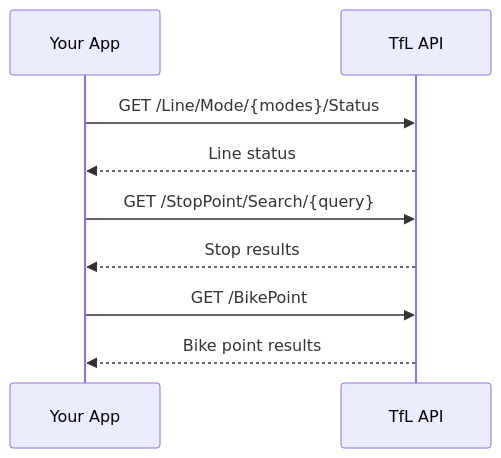
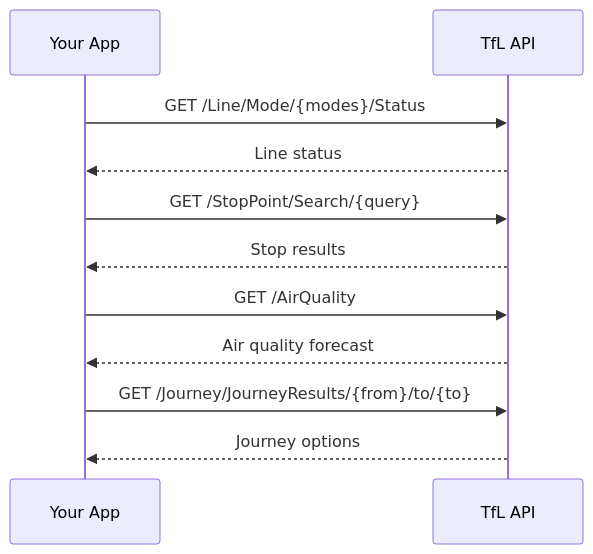
One commit to matthewrgourd/doc-platform changed the diagram in docs/tfl/getting-started/index.md. Above: the diagram before and after it, drawn with Mermaid. The commit also changed other lines of this file and 5 other files, not shown here.

````diff
--- a/docs/tfl/getting-started/index.md
+++ b/docs/tfl/getting-started/index.md
@@ -26,14 +28,17 @@
 ```mermaid
 sequenceDiagram
     participant Your App
     participant TfL API
 
     Your App->>TfL API: GET /Line/Mode/{modes}/Status
     TfL API-->>Your App: Line status
 
     Your App->>TfL API: GET /StopPoint/Search/{query}
     TfL API-->>Your App: Stop results
 
-    Your App->>TfL API: GET /BikePoint
-    TfL API-->>Your App: Bike point results
+    Your App->>TfL API: GET /AirQuality
+    TfL API-->>Your App: Air quality forecast
+
+    Your App->>TfL API: GET /Journey/JourneyResults/{from}/to/{to}
+    TfL API-->>Your App: Journey options
 ```
````
